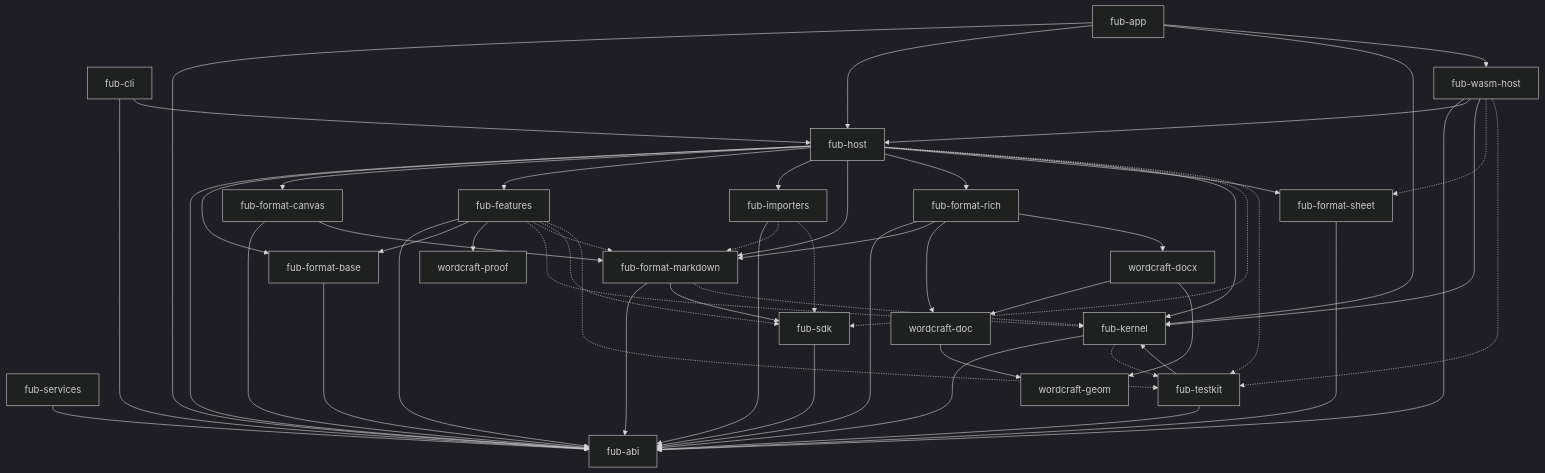
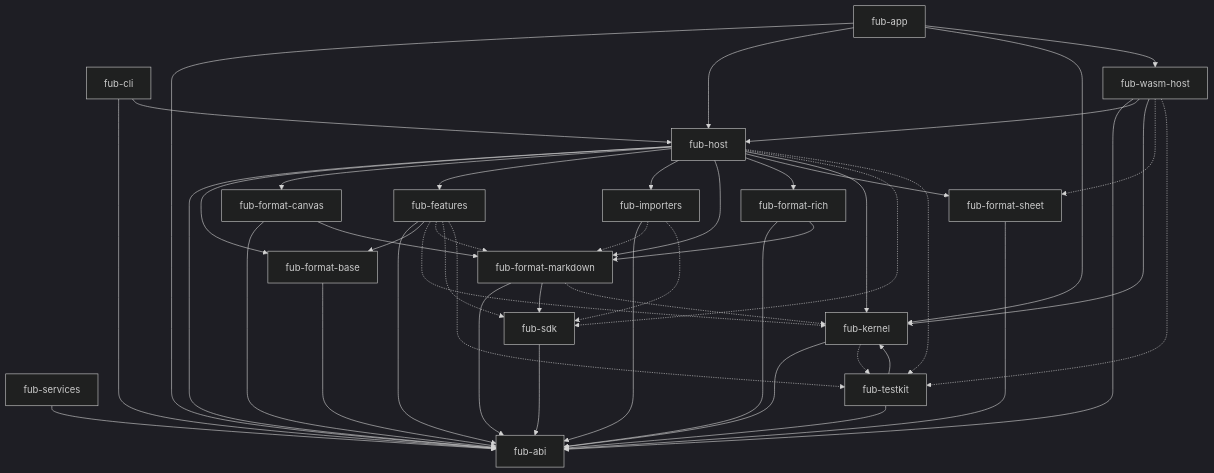
One commit to Fubeo/Fub changed the first of 3 diagrams in docs/architecture/overview.md. Above: the diagram before and after it, drawn with Mermaid (dark theme). The commit also changed other lines of this file and 40 other files, not shown here.

````diff
--- a/docs/architecture/overview.md
+++ b/docs/architecture/overview.md
@@ -28,80 +29,70 @@
 ```mermaid
 flowchart TD
     %% @grafo-dipendenze
     %% Questo blocco è confrontato con cargo metadata da dependency_invariant.rs.
 
     app["fub-app"]
     host["fub-host"]
     features["fub-features"]
     markdown["fub-format-markdown"]
     sheet["fub-format-sheet"]
     base["fub-format-base"]
     canvas["fub-format-canvas"]
     rich["fub-format-rich"]
     importers["fub-importers"]
     cli["fub-cli"]
     services["fub-services"]
     wasmhost["fub-wasm-host"]
     sdk["fub-sdk"]
     testkit["fub-testkit"]
     kernel["fub-kernel"]
     abi["fub-abi"]
-    proof["wordcraft-proof"]
-    wdoc["wordcraft-doc"]
-    wdocx["wordcraft-docx"]
-    wgeom["wordcraft-geom"]
 
     app --> abi
     app --> host
     app --> kernel
     app --> wasmhost
     host --> abi
     host --> base
     host --> canvas
     host --> features
     host --> importers
     host --> markdown
     host --> rich
     host --> sheet
     host --> kernel
     cli --> abi
     cli --> host
     services --> abi
     base --> abi
     canvas --> abi
     canvas --> markdown
     rich --> abi
     rich --> markdown
-    rich --> wdoc
-    rich --> wdocx
-    wdoc --> wgeom
-    wdocx --> wdoc
-    wdocx --> wgeom
     importers --> abi
     features --> abi
     features --> base
-    features --> proof
     markdown --> abi
     markdown --> sdk
     sheet --> abi
     wasmhost --> abi
     wasmhost --> host
     wasmhost --> kernel
     kernel --> abi
     sdk --> abi
     testkit --> abi
     testkit --> kernel
 
     features -.-> kernel
     features -.-> markdown
     features -.-> sdk
     features -.-> testkit
     markdown -.-> kernel
     kernel -.-> testkit
     host -.-> sdk
     host -.-> testkit
     wasmhost -.-> sheet
     wasmhost -.-> testkit
     importers -.-> markdown
     importers -.-> sdk
 ```
````
